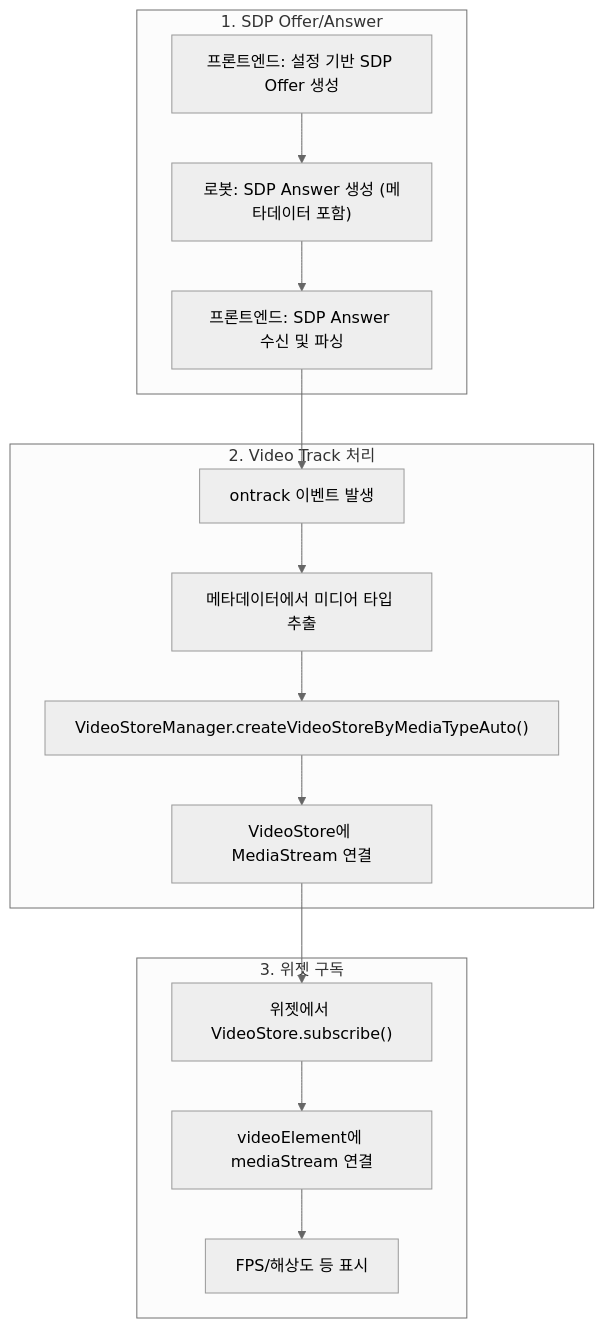
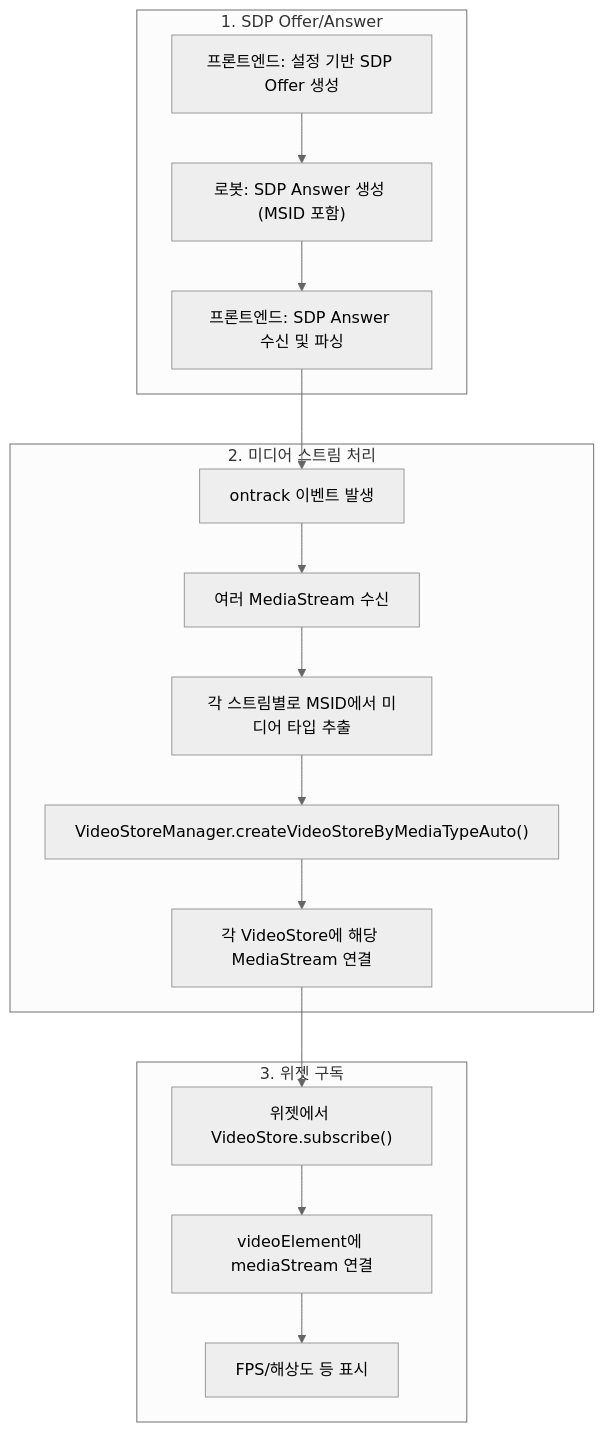
The second of 4 diagrams in docs/MEDIASTREAM_SETUP.md (ACSL-MOSAIC/MOSAIC-Server), drawn with Mermaid (neutral theme) before and after one commit. The commit also changed other lines of this file, not shown here.

Commit message:
Media stream docs

````diff
--- a/docs/MEDIASTREAM_SETUP.md
+++ b/docs/MEDIASTREAM_SETUP.md
@@ -74,20 +63,21 @@
 ```mermaid
 flowchart TD
     subgraph "1. SDP Offer/Answer"
-      A1["프론트엔드: 설정 기반 SDP Offer 생성"] --> A2["로봇: SDP Answer 생성 (메타데이터 포함)"]
+      A1["프론트엔드: 설정 기반 SDP Offer 생성"] --> A2["로봇: SDP Answer 생성 (MSID 포함)"]
       A2 --> A3["프론트엔드: SDP Answer 수신 및 파싱"]
     end
 
-    subgraph "2. Video Track 처리"
+    subgraph "2. 미디어 스트림 처리"
       A3 --> B1["ontrack 이벤트 발생"]
-      B1 --> B2["메타데이터에서 미디어 타입 추출"]
-      B2 --> B3["VideoStoreManager.createVideoStoreByMediaTypeAuto()"]
-      B3 --> B4["VideoStore에 MediaStream 연결"]
+      B1 --> B2["여러 MediaStream 수신"]
+      B2 --> B3["각 스트림별로 MSID에서 미디어 타입 추출"]
+      B3 --> B4["VideoStoreManager.createVideoStoreByMediaTypeAuto()"]
+      B4 --> B5["각 VideoStore에 해당 MediaStream 연결"]
     end
 
     subgraph "3. 위젯 구독"
-      B4 --> C1["위젯에서 VideoStore.subscribe()"]
+      B5 --> C1["위젯에서 VideoStore.subscribe()"]
       C1 --> C2["videoElement에 mediaStream 연결"]
       C2 --> C3["FPS/해상도 등 표시"]
     end
 ```
````
